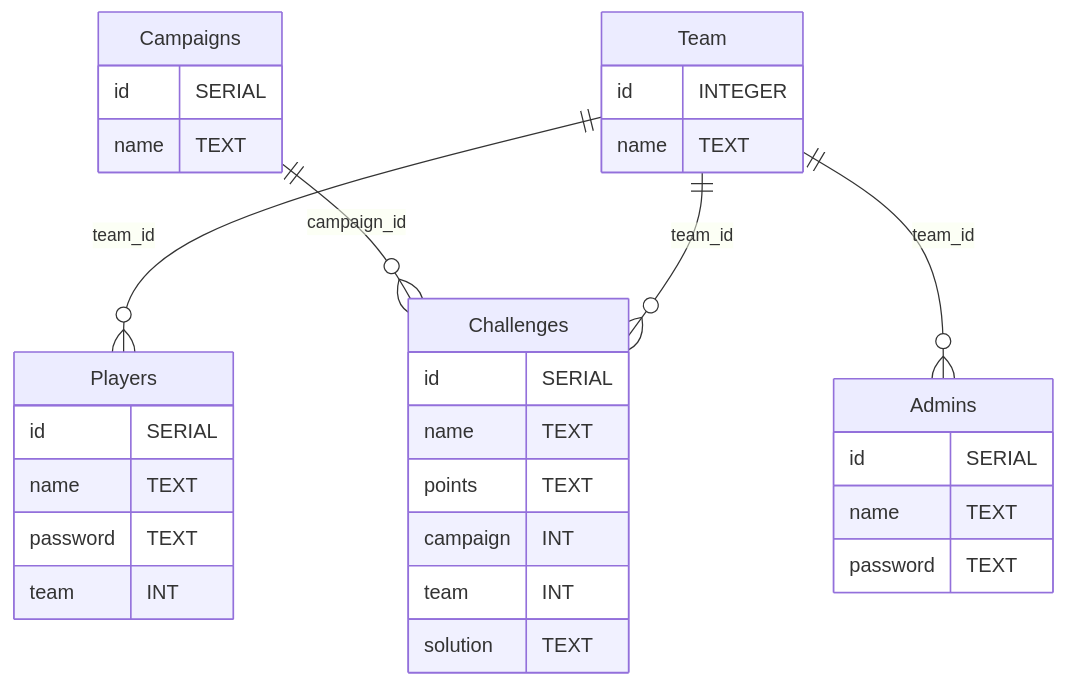
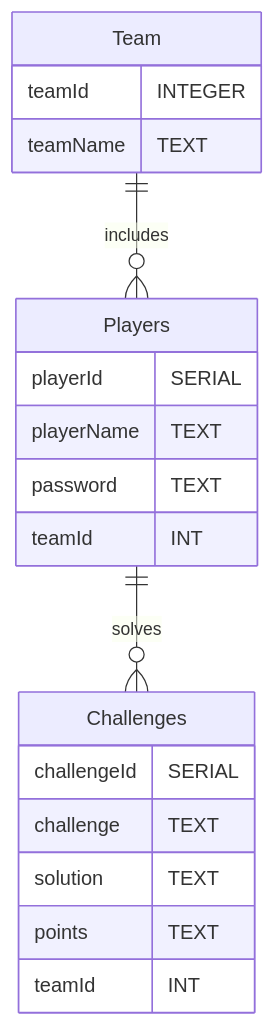
The diagram in postgres/README.md (cyberphor/ctfconsole), drawn with Mermaid before and after one commit.

Commit message:
Updating data model

````diff
--- a/postgres/README.md
+++ b/postgres/README.md
@@ -3,39 +3,25 @@
 ```mermaid
 erDiagram
     Team {
-        id INTEGER
-        name TEXT
+        teamId INTEGER
+        teamName TEXT
     }
 
     Players {
-        id SERIAL
-        name TEXT
+        playerId SERIAL
+        playerName TEXT
         password TEXT
-        team INT
-    }
-
-    Campaigns {
-        id SERIAL
-        name TEXT
+        teamId INT
     }
 
     Challenges {
-        id SERIAL
-        name TEXT
+        challengeId SERIAL
+        challenge TEXT
+        solution TEXT
         points TEXT
-        campaign INT
-        team INT
-        solution TEXT
+        teamId INT
     }
 
-    Admins {
-        id SERIAL
-        name TEXT
-        password TEXT
-    }
-
-    Team ||--o{ Players : "team_id"
-    Campaigns ||--o{ Challenges : "campaign_id"
-    Team ||--o{ Challenges : "team_id"
-    Team ||--o{ Admins : "team_id"
+    Team    ||--o{ Players    : "includes"
+    Players ||--o{ Challenges : "solves"
 ```
````
